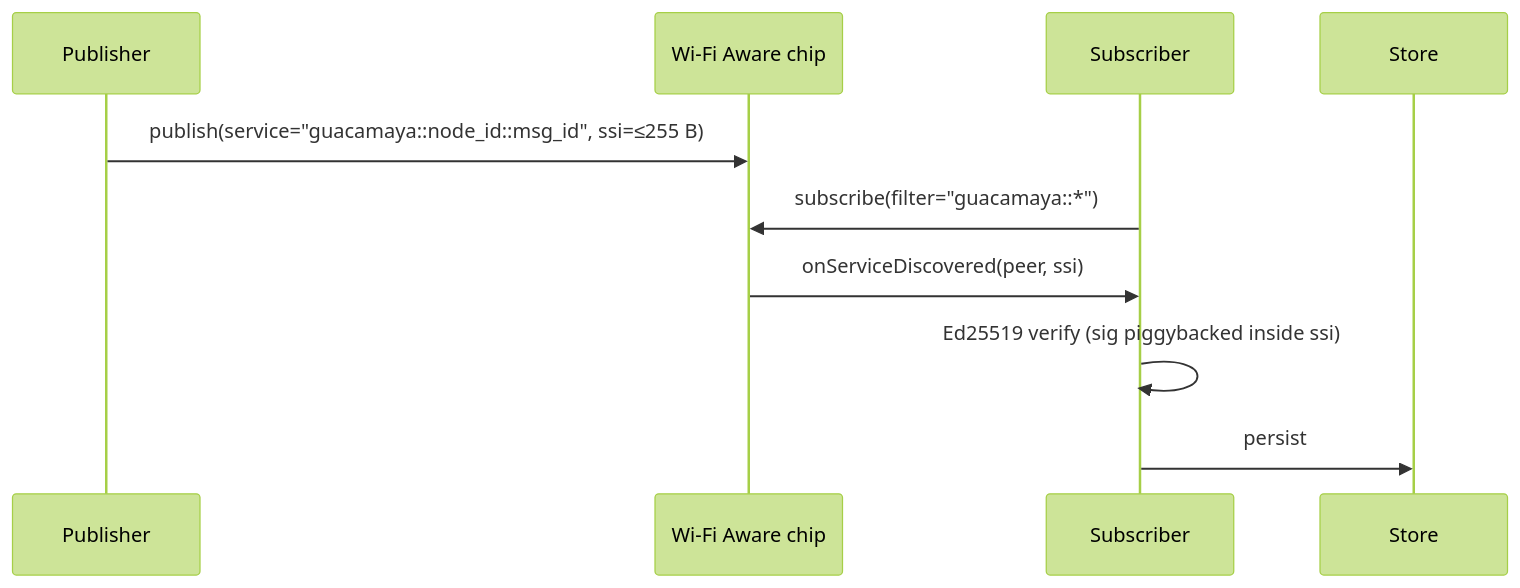
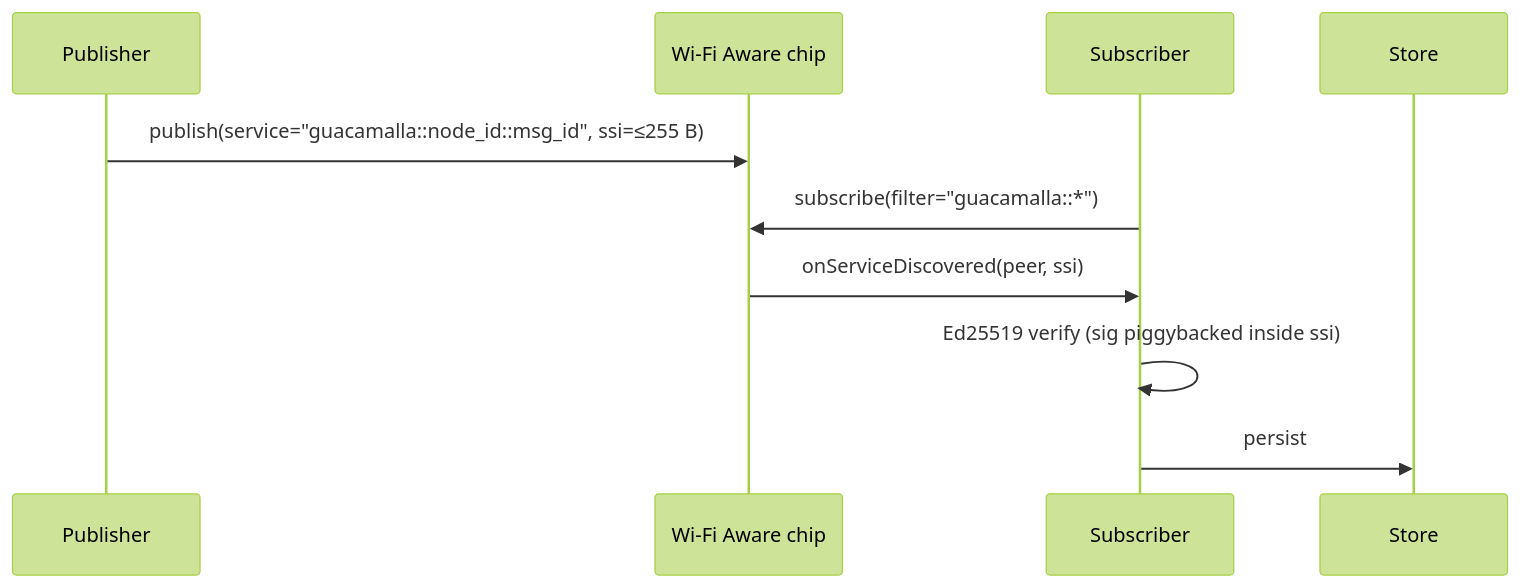
One commit to vmlcode/guacamaya-net changed the fifth of 6 diagrams in android/docs/protocol-flows.md. Above: the diagram before and after it, drawn with Mermaid (forest theme). The commit also changed other lines of this file and 52 other files, not shown here.

````diff
--- a/android/docs/protocol-flows.md
+++ b/android/docs/protocol-flows.md
@@ -147,11 +147,11 @@
 ```mermaid
 sequenceDiagram
   participant Pub as Publisher
   participant NAN as Wi-Fi Aware chip
   participant Sub as Subscriber
-  Pub->>NAN: publish(service="guacamaya::node_id::msg_id", ssi=≤255 B)
-  Sub->>NAN: subscribe(filter="guacamaya::*")
+  Pub->>NAN: publish(service="guacamalla::node_id::msg_id", ssi=≤255 B)
+  Sub->>NAN: subscribe(filter="guacamalla::*")
   NAN->>Sub: onServiceDiscovered(peer, ssi)
   Sub->>Sub: Ed25519 verify (sig piggybacked inside ssi)
   Sub->>Store: persist
 ```
````
